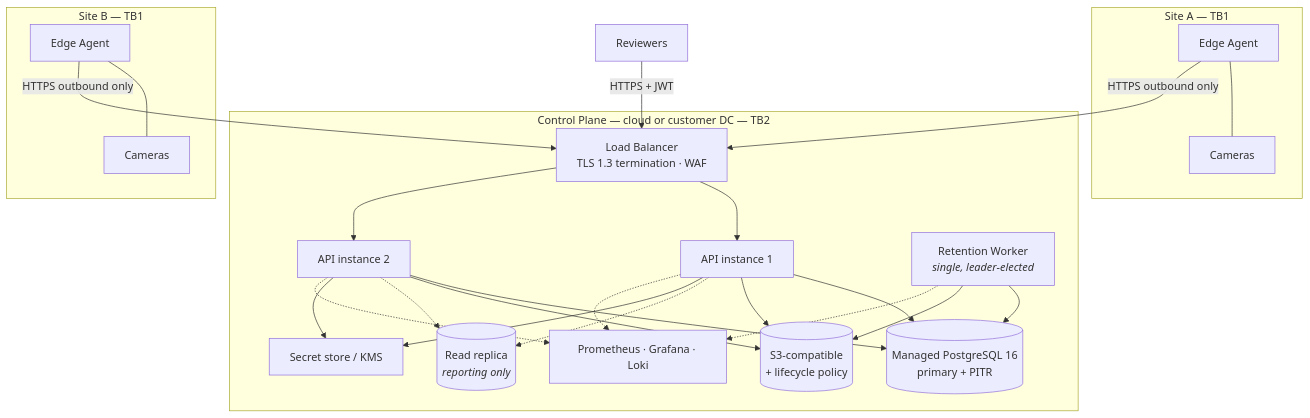
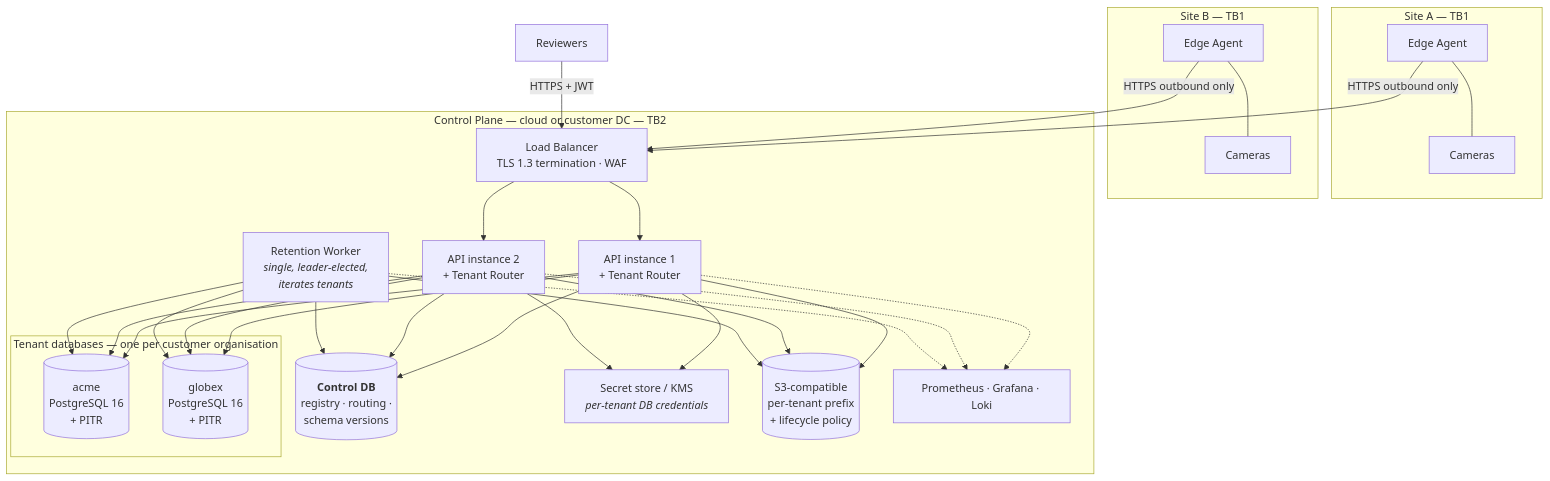
One commit to Ditstek-Innovations/GuardianLens changed diagram 17 of 19 in Docs/ARCHITECTURE.md. Above: the diagram before and after it, drawn with Mermaid. The commit also changed other lines of this file and 2 other files, not shown here.

Commit message:
added tenant based changes

````diff
--- a/Docs/ARCHITECTURE.md
+++ b/Docs/ARCHITECTURE.md
@@ -805,29 +854,34 @@
 ```mermaid
 flowchart TB
     subgraph S1["Site A — TB1"]
         EA1["Edge Agent"] --- CA1["Cameras"]
     end
     subgraph S2["Site B — TB1"]
         EA2["Edge Agent"] --- CA2["Cameras"]
     end
     subgraph CLOUD["Control Plane — cloud or customer DC — TB2"]
         LB["Load Balancer<br/>TLS 1.3 termination · WAF"]
-        A1["API instance 1"]
-        A2["API instance 2"]
-        RW["Retention Worker<br/><i>single, leader-elected</i>"]
-        DB[("Managed PostgreSQL 16<br/>primary + PITR")]
-        RR[("Read replica<br/><i>reporting only</i>")]
-        OBJ[("S3-compatible<br/>+ lifecycle policy")]
-        SEC["Secret store / KMS"]
+        A1["API instance 1<br/>+ Tenant Router"]
+        A2["API instance 2<br/>+ Tenant Router"]
+        RW["Retention Worker<br/><i>single, leader-elected,<br/>iterates tenants</i>"]
+        CDB[("<b>Control DB</b><br/>registry · routing ·<br/>schema versions")]
+        SEC["Secret store / KMS<br/><i>per-tenant DB credentials</i>"]
+        subgraph TEN["Tenant databases — one per customer organisation"]
+            DB1[("acme<br/>PostgreSQL 16<br/>+ PITR")]
+            DB2[("globex<br/>PostgreSQL 16<br/>+ PITR")]
+        end
+        OBJ[("S3-compatible<br/>per-tenant prefix<br/>+ lifecycle policy")]
         MON["Prometheus · Grafana · Loki"]
     end
     EA1 & EA2 -->|"HTTPS outbound only"| LB
     USER["Reviewers"] -->|HTTPS + JWT| LB
     LB --> A1 & A2
-    A1 & A2 --> DB
+    A1 & A2 --> CDB
+    A1 & A2 --> SEC
+    A1 & A2 --> DB1 & DB2
     A1 & A2 --> OBJ
-    A1 & A2 -.-> RR
-    A1 & A2 --> SEC
-    RW --> DB & OBJ
+    RW --> CDB
+    RW --> DB1 & DB2
+    RW --> OBJ
     A1 & A2 & RW -.-> MON
 ```
````
